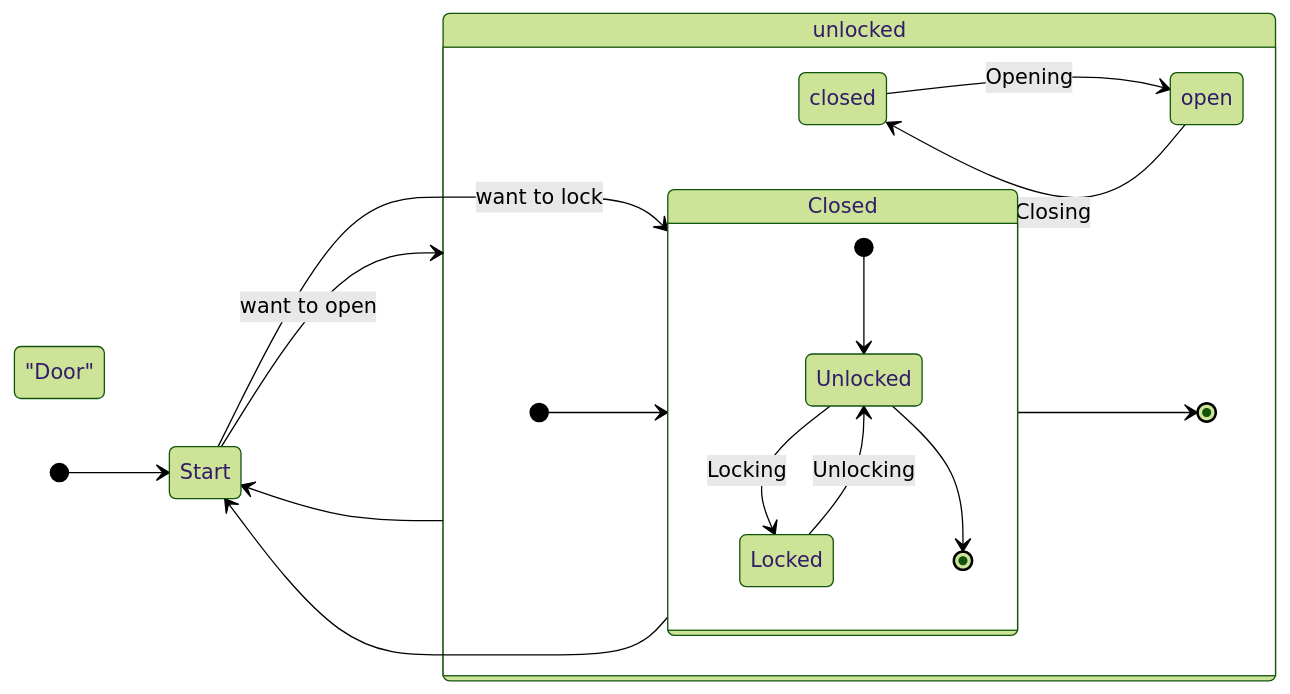
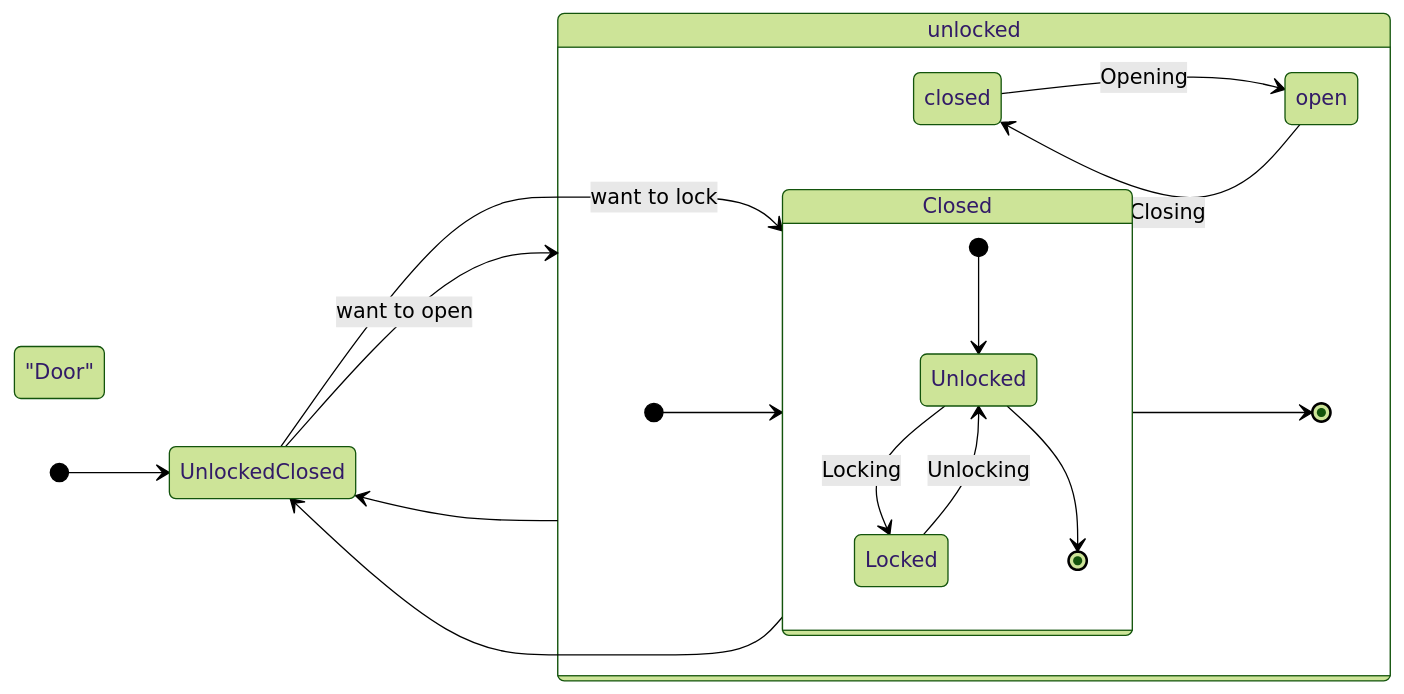
The seventh of 7 diagrams in README.md (fletchjp/StateMachine), drawn with Mermaid (forest theme) before and after one commit.

Commit message:
Update README.md
Change name

````diff
--- a/README.md
+++ b/README.md
@@ -84,22 +84,22 @@
 ```mermaid
    stateDiagram-v2
    direction LR
    state: "Door"
-   [*] --> Start
-   Start --> Closed : want to lock
+   [*] --> UnlockedClosed
+   UnlockedClosed --> Closed : want to lock
    state Closed {
    [*] --> Unlocked
    Unlocked --> Locked : Locking
    Locked --> Unlocked : Unlocking
    Unlocked --> [*]
    }
-   Closed --> Start
-   Start --> unlocked : want to open
+   Closed --> UnlockedClosed
+   UnlockedClosed --> unlocked : want to open
    state unlocked {
    [*] --> Closed
    closed --> open : Opening
    open --> closed : Closing
    Closed --> [*]
    }
-   unlocked --> Start
+   unlocked --> UnlockedClosed
 ```
````
